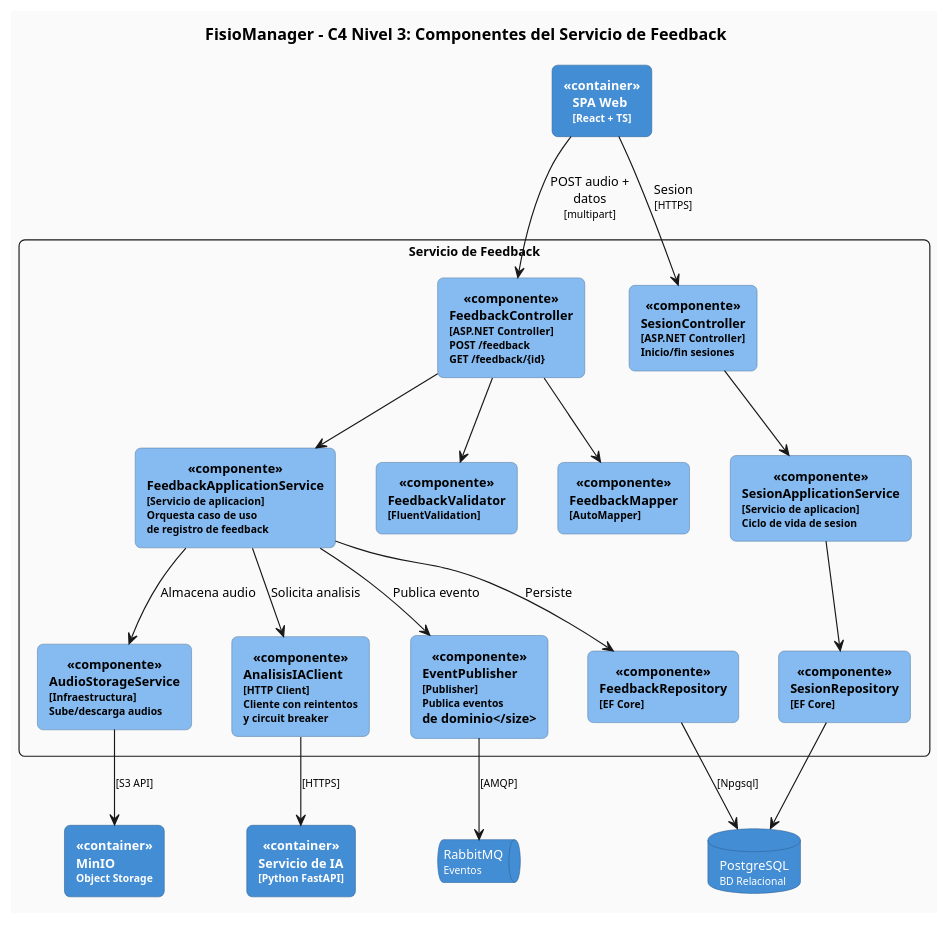
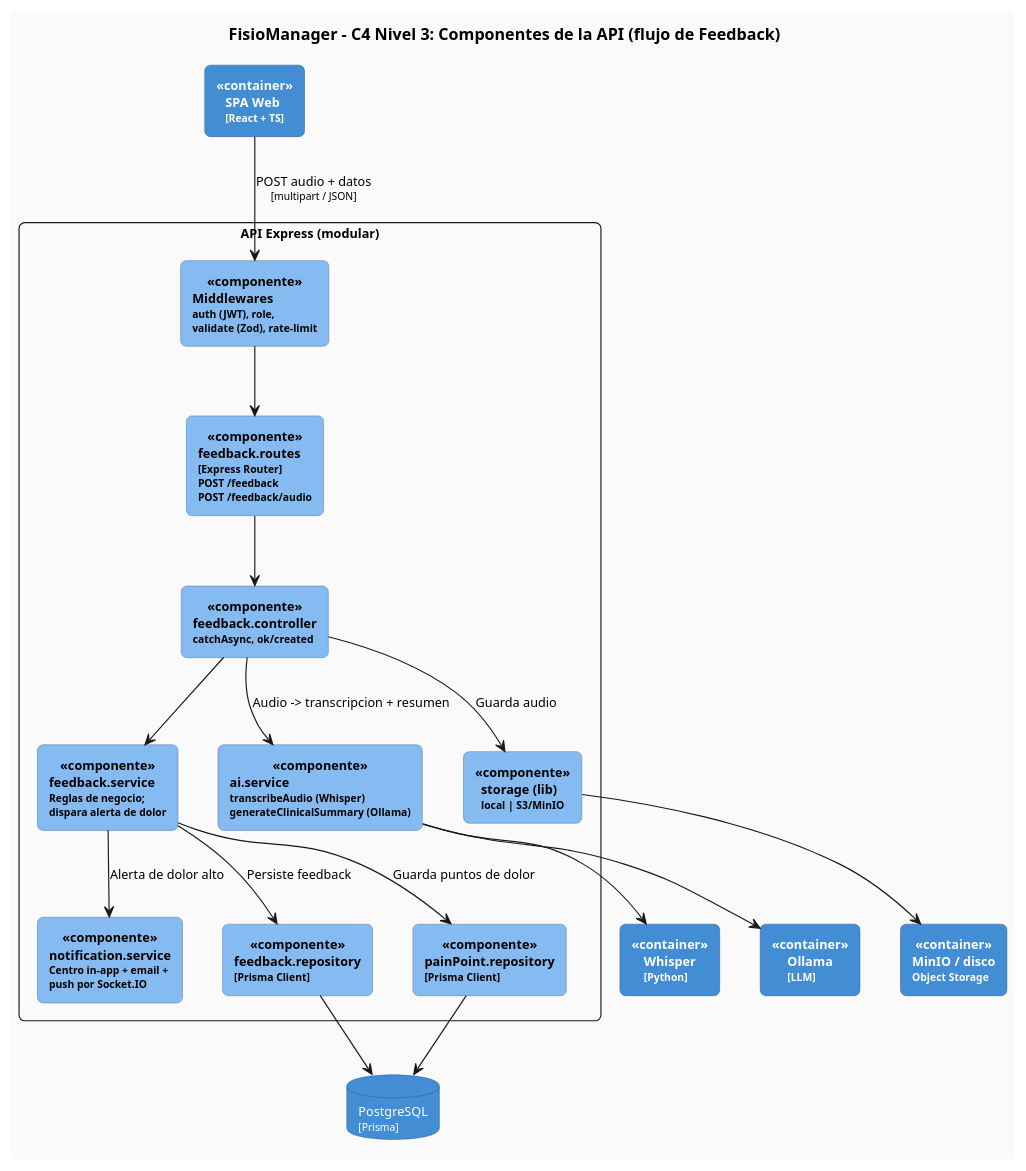
One commit to xiomj29/FisioManager-doc changed the diagram in proyFisioManager/ModAnalisis/puml/04_c4_nivel3_componentes.puml. Above: the diagram before and after it, drawn with PlantUML. The commit also changed 34 other files, not shown here.

```diff
--- a/proyFisioManager/ModAnalisis/puml/04_c4_nivel3_componentes.puml
+++ b/proyFisioManager/ModAnalisis/puml/04_c4_nivel3_componentes.puml
@@ -1,86 +1,70 @@
 @startuml FisioManager_C4_Componentes
 
 
 skinparam backgroundColor #FAFAFA
 skinparam defaultFontName Arial
 skinparam defaultFontSize 11
 skinparam shadowing false
 skinparam roundCorner 10
 
 skinparam rectangle {
     BackgroundColor<<componente>> #85BBF0
     BorderColor<<componente>> #5D82A8
     FontColor<<componente>> #000000
     BackgroundColor<<container>> #438DD5
     BorderColor<<container>> #2E6295
     FontColor<<container>> white
     FontStyle bold
 }
 
 skinparam database {
     BackgroundColor #438DD5
     BorderColor #2E6295
     FontColor white
 }
 
-skinparam queue {
-    BackgroundColor #438DD5
-    BorderColor #2E6295
-    FontColor white
+title <b>FisioManager - C4 Nivel 3: Componentes de la API (flujo de Feedback)</b>
+
+rectangle "SPA Web\n<size:9>[React + TS]</size>" as spa <<container>>
+database "PostgreSQL\n<size:9>[Prisma]</size>" as bd
+rectangle "MinIO / disco\n<size:9>Object Storage</size>" as minio <<container>>
+rectangle "Whisper\n<size:9>[Python]</size>" as whisper <<container>>
+rectangle "Ollama\n<size:9>[LLM]</size>" as ollama <<container>>
+
+rectangle "**API Express (modular)**" as boundary {
+
+    rectangle "Middlewares\n<size:9>auth (JWT), role,</size>\n<size:9>validate (Zod), rate-limit</size>" as mw <<componente>>
+
+    rectangle "feedback.routes\n<size:9>[Express Router]</size>\n<size:9>POST /feedback</size>\n<size:9>POST /feedback/audio</size>" as routes <<componente>>
+
+    rectangle "feedback.controller\n<size:9>catchAsync, ok/created</size>" as ctrl <<componente>>
+
+    rectangle "feedback.service\n<size:9>Reglas de negocio;</size>\n<size:9>dispara alerta de dolor</size>" as svc <<componente>>
+
+    rectangle "ai.service\n<size:9>transcribeAudio (Whisper)</size>\n<size:9>generateClinicalSummary (Ollama)</size>" as ai <<componente>>
+
+    rectangle "storage (lib)\n<size:9>local | S3/MinIO</size>" as storage <<componente>>
+
+    rectangle "notification.service\n<size:9>Centro in-app + email +</size>\n<size:9>push por Socket.IO</size>" as notif <<componente>>
+
+    rectangle "feedback.repository\n<size:9>[Prisma Client]</size>" as repo <<componente>>
+
+    rectangle "painPoint.repository\n<size:9>[Prisma Client]</size>" as repoPain <<componente>>
 }
 
-title <b>FisioManager - C4 Nivel 3: Componentes del Servicio de Feedback</b>
-
-rectangle "SPA Web\n<size:9>[React + TS]</size>" as spa <<container>>
-database "PostgreSQL\n<size:9>BD Relacional</size>" as bd
-rectangle "MinIO\n<size:9>Object Storage</size>" as minio <<container>>
-queue "RabbitMQ\n<size:9>Eventos</size>" as cola
-rectangle "Servicio de IA\n<size:9>[Python FastAPI]</size>" as svcIA <<container>>
-
-rectangle "**Servicio de Feedback**" as boundary {
-
-    rectangle "FeedbackController\n<size:9>[ASP.NET Controller]</size>\n<size:9>POST /feedback</size>\n<size:9>GET /feedback/{id}</size>" as ctrlFb <<componente>>
-
-    rectangle "SesionController\n<size:9>[ASP.NET Controller]</size>\n<size:9>Inicio/fin sesiones</size>" as ctrlSes <<componente>>
-
-    rectangle "FeedbackApplicationService\n<size:9>[Servicio de aplicacion]</size>\n<size:9>Orquesta caso de uso</size>\n<size:9>de registro de feedback</size>" as appFb <<componente>>
-
-    rectangle "SesionApplicationService\n<size:9>[Servicio de aplicacion]</size>\n<size:9>Ciclo de vida de sesion</size>" as appSes <<componente>>
-
-    rectangle "AudioStorageService\n<size:9>[Infraestructura]</size>\n<size:9>Sube/descarga audios</size>" as audioSvc <<componente>>
-
-    rectangle "AnalisisIAClient\n<size:9>[HTTP Client]</size>\n<size:9>Cliente con reintentos</size>\n<size:9>y circuit breaker</size>" as iaClient <<componente>>
-
-    rectangle "EventPublisher\n<size:9>[Publisher]</size>\n<size:9>Publica eventos\nde dominio</size>" as pub <<componente>>
-
-    rectangle "FeedbackRepository\n<size:9>[EF Core]</size>" as repoFb <<componente>>
-
-    rectangle "SesionRepository\n<size:9>[EF Core]</size>" as repoSes <<componente>>
-
-    rectangle "FeedbackValidator\n<size:9>[FluentValidation]</size>" as validator <<componente>>
-
-    rectangle "FeedbackMapper\n<size:9>[AutoMapper]</size>" as mapper <<componente>>
-}
-
-spa --> ctrlFb : POST audio +\ndatos\n<size:9>[multipart]</size>
-spa --> ctrlSes : Sesion\n<size:9>[HTTPS]</size>
-
-ctrlFb --> validator
-ctrlFb --> mapper
-ctrlFb --> appFb
-ctrlSes --> appSes
-
-appFb --> audioSvc : Almacena audio
-appFb --> repoFb : Persiste
-appFb --> iaClient : Solicita analisis
-appFb --> pub : Publica evento
-
-appSes --> repoSes
-
-audioSvc --> minio : <size:9>[S3 API]</size>
-iaClient --> svcIA : <size:9>[HTTPS]</size>
-pub --> cola : <size:9>[AMQP]</size>
-repoFb --> bd : <size:9>[Npgsql]</size>
-repoSes --> bd
+spa --> mw : POST audio + datos\n<size:9>[multipart / JSON]</size>
+mw --> routes
+routes --> ctrl
+ctrl --> svc
+ctrl --> ai : Audio -> transcripcion + resumen
+ai --> whisper
+ai --> ollama
+ctrl --> storage : Guarda audio
+storage --> minio
+svc --> repo : Persiste feedback
+svc --> repoPain : Guarda puntos de dolor
+svc --> notif : Alerta de dolor alto
+repo --> bd
+repoPain --> bd
 
 @enduml
```
